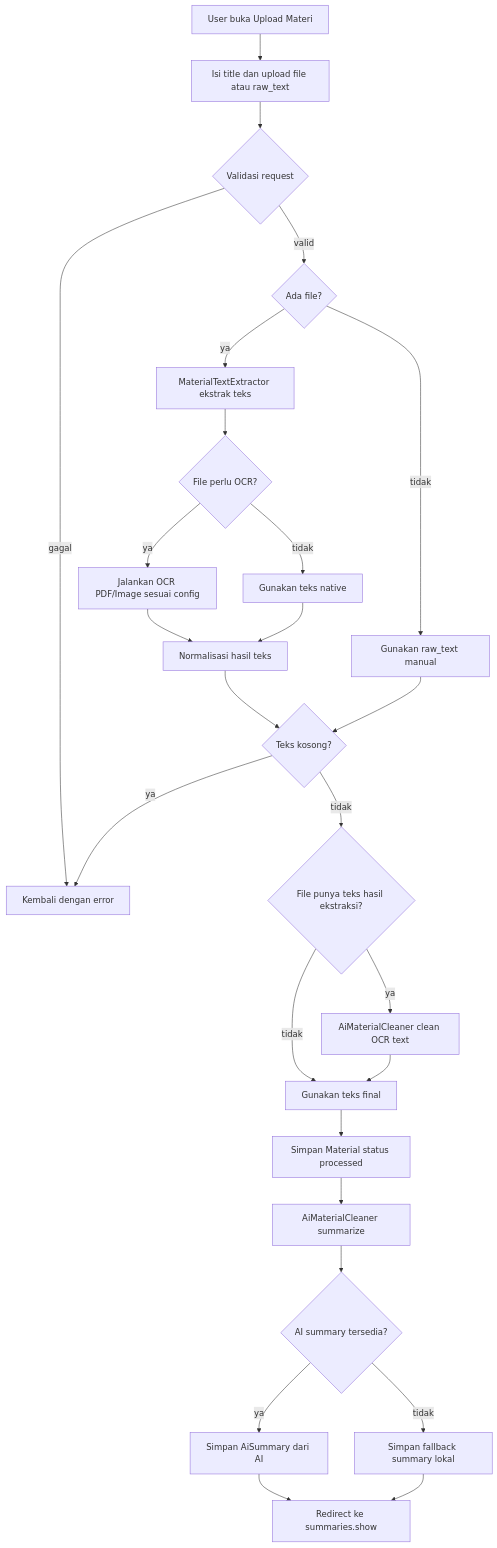
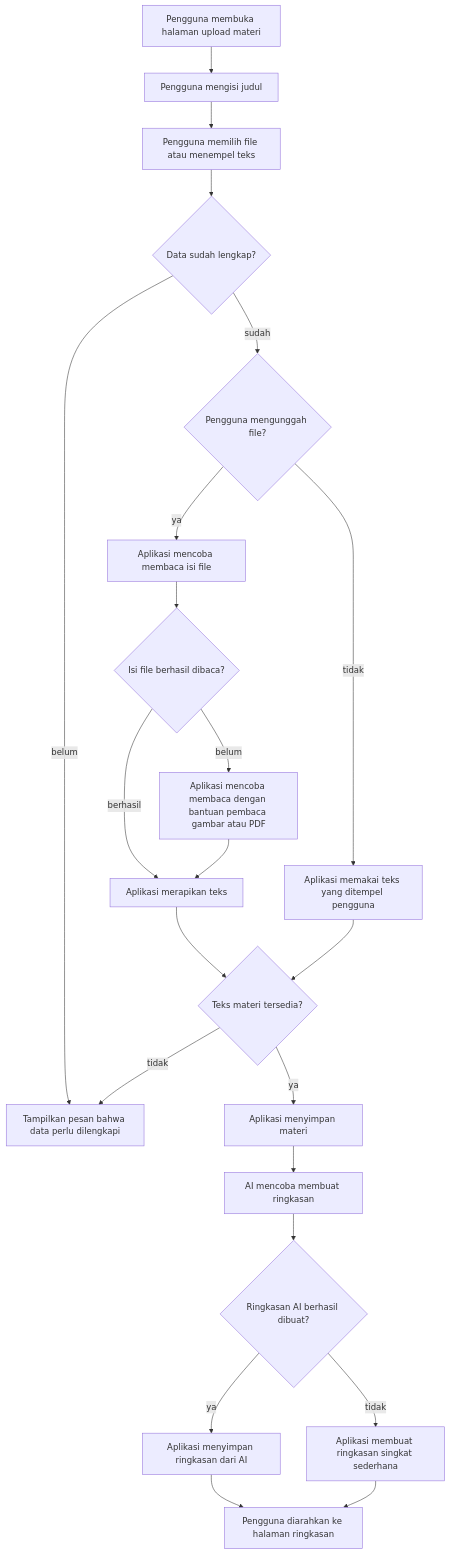
One commit to M-Aqilaz/Pelajarin.ai changed the second of 10 diagrams in DIAGRAM_REPOSITORY.md. Above: the diagram before and after it, drawn with Mermaid. The commit also changed other lines of this file, not shown here.

````diff
--- a/DIAGRAM_REPOSITORY.md
+++ b/DIAGRAM_REPOSITORY.md
@@ -194,28 +177,24 @@
 ```mermaid
 flowchart TD
-    A[User buka Upload Materi] --> B[Isi title dan upload file atau raw_text]
-    B --> C{Validasi request}
-    C -- gagal --> D[Kembali dengan error]
-    C -- valid --> E{Ada file?}
-    E -- ya --> F[MaterialTextExtractor ekstrak teks]
-    F --> G{File perlu OCR?}
-    G -- ya --> H[Jalankan OCR PDF/Image sesuai config]
-    G -- tidak --> I[Gunakan teks native]
-    H --> J[Normalisasi hasil teks]
+    A[Pengguna membuka halaman upload materi] --> B[Pengguna mengisi judul]
+    B --> C[Pengguna memilih file atau menempel teks]
+    C --> D{Data sudah lengkap?}
+    D -- belum --> E[Tampilkan pesan bahwa data perlu dilengkapi]
+    D -- sudah --> F{Pengguna mengunggah file?}
+    F -- ya --> G[Aplikasi mencoba membaca isi file]
+    G --> H{Isi file berhasil dibaca?}
+    H -- belum --> I[Aplikasi mencoba membaca dengan bantuan pembaca gambar atau PDF]
+    H -- berhasil --> J[Aplikasi merapikan teks]
     I --> J
-    E -- tidak --> K[Gunakan raw_text manual]
-    J --> L{Teks kosong?}
+    F -- tidak --> K[Aplikasi memakai teks yang ditempel pengguna]
+    J --> L{Teks materi tersedia?}
     K --> L
-    L -- ya --> D
-    L -- tidak --> M{File punya teks hasil ekstraksi?}
-    M -- ya --> N[AiMaterialCleaner clean OCR text]
-    M -- tidak --> O[Gunakan teks final]
-    N --> O
-    O --> P[Simpan Material status processed]
-    P --> Q[AiMaterialCleaner summarize]
-    Q --> R{AI summary tersedia?}
-    R -- ya --> S[Simpan AiSummary dari AI]
-    R -- tidak --> T[Simpan fallback summary lokal]
-    S --> U[Redirect ke summaries.show]
-    T --> U
+    L -- tidak --> E
+    L -- ya --> M[Aplikasi menyimpan materi]
+    M --> N[AI mencoba membuat ringkasan]
+    N --> O{Ringkasan AI berhasil dibuat?}
+    O -- ya --> P[Aplikasi menyimpan ringkasan dari AI]
+    O -- tidak --> Q[Aplikasi membuat ringkasan singkat sederhana]
+    P --> R[Pengguna diarahkan ke halaman ringkasan]
+    Q --> R
 ```
````
